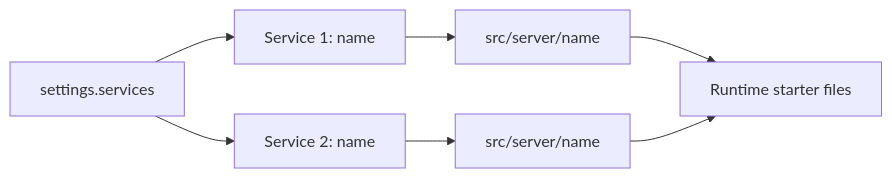
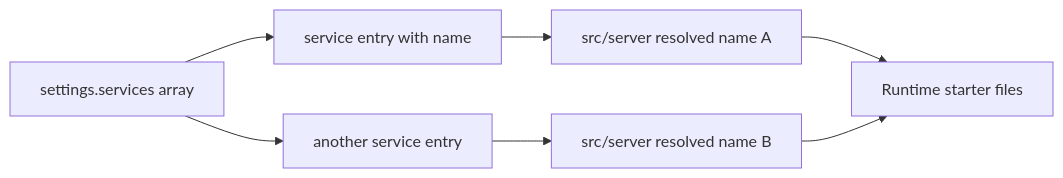
Before and after one commit to xqctPeepo/babylon-game-starter: the second of 3 diagrams in src/deployment/DEPLOYMENT.md, drawn with Mermaid. The commit also changed other lines of this file and 7 other files, not shown here.

````diff
--- a/src/deployment/DEPLOYMENT.md
+++ b/src/deployment/DEPLOYMENT.md
@@ -213,9 +95,10 @@
 ```mermaid
 flowchart LR
-  A[settings.services] --> B[Service 1: name]
-  A --> C[Service 2: name]
-  B --> D[src/server/name]
-  C --> E[src/server/name]
-  D --> F[Runtime starter files]
-  E --> F
+  svcList["settings.services array"]
+  svcList --> entryA["service entry with name"]
+  svcList --> entryB["another service entry"]
+  entryA --> folderA["src/server resolved name A"]
+  entryB --> folderB["src/server resolved name B"]
+  folderA --> starters["Runtime starter files"]
+  folderB --> starters
 ```
````
